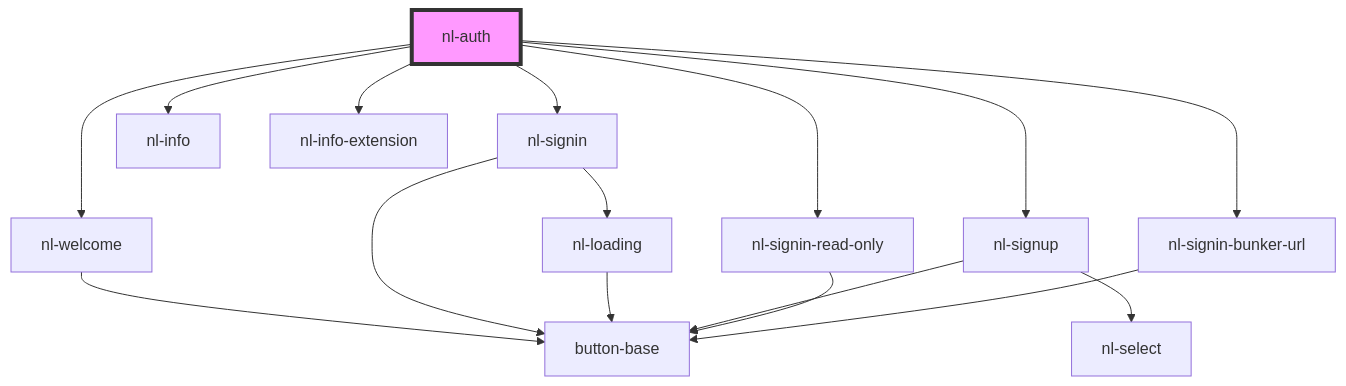
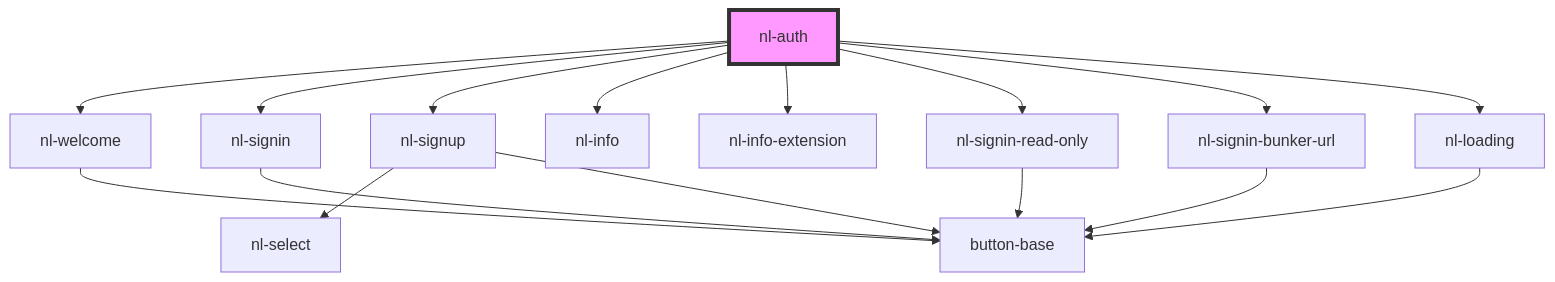
Before and after one commit to nostrband/nostr-login: the diagram in packages/components/src/components/nl-auth/readme.md, drawn with Mermaid. The commit also changed other lines of this file and 17 other files, not shown here.

````diff
--- a/packages/components/src/components/nl-auth/readme.md
+++ b/packages/components/src/components/nl-auth/readme.md
@@ -39,19 +42,19 @@
 ```mermaid
 graph TD;
   nl-auth --> nl-welcome
   nl-auth --> nl-signin
   nl-auth --> nl-signup
   nl-auth --> nl-info
   nl-auth --> nl-info-extension
   nl-auth --> nl-signin-read-only
   nl-auth --> nl-signin-bunker-url
+  nl-auth --> nl-loading
   nl-welcome --> button-base
-  nl-signin --> nl-loading
   nl-signin --> button-base
-  nl-loading --> button-base
   nl-signup --> nl-select
   nl-signup --> button-base
   nl-signin-read-only --> button-base
   nl-signin-bunker-url --> button-base
+  nl-loading --> button-base
   style nl-auth fill:#f9f,stroke:#333,stroke-width:4px
 ```
````
